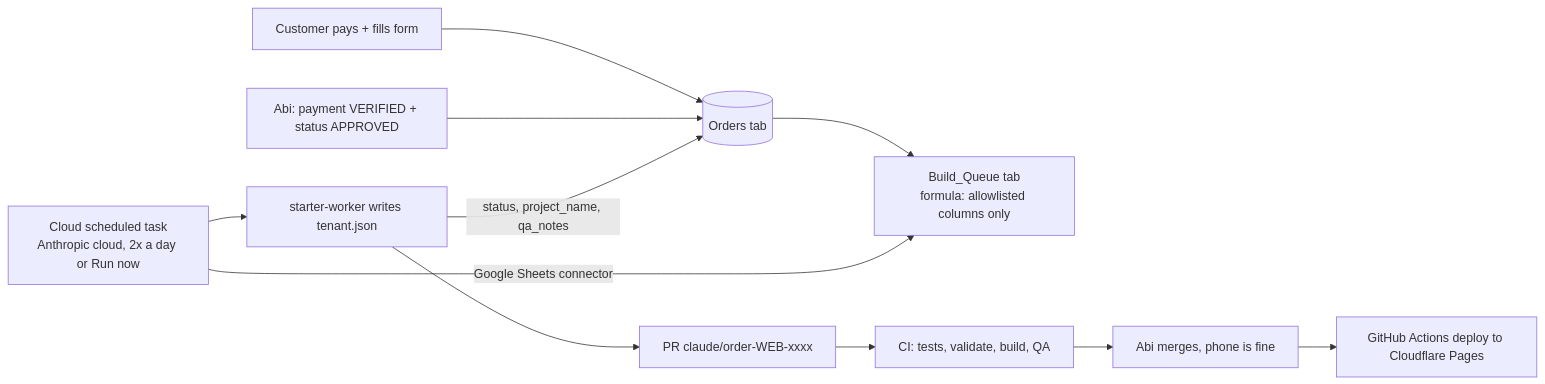
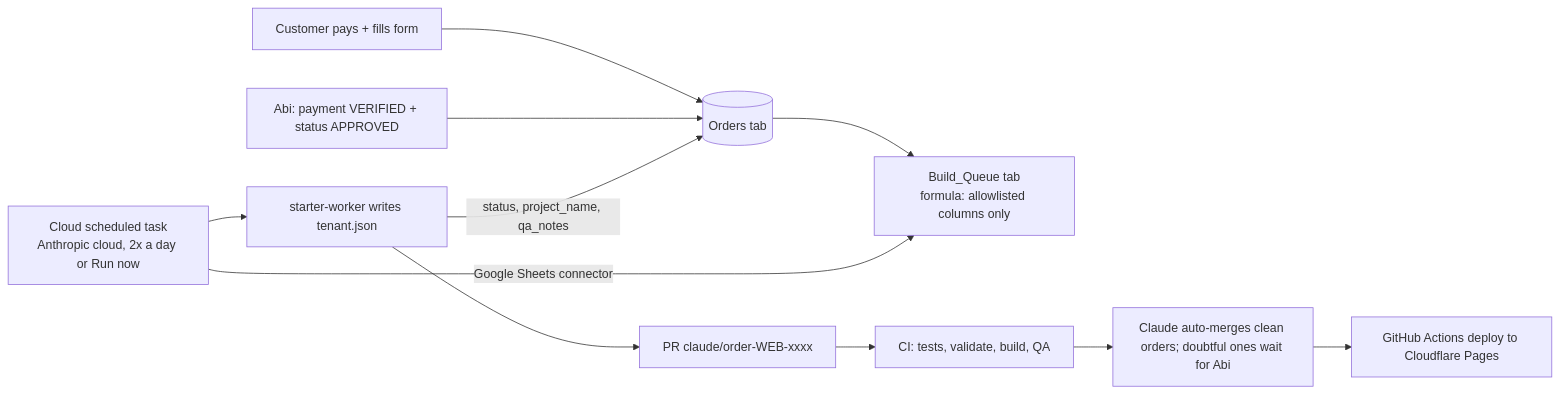
The diagram in docs/AUTOMATION.md (abfayy/Websites_Factory), drawn with Mermaid before and after one commit. The commit also changed other lines of this file and 4 other files, not shown here.

First line of the commit message:
Allow Claude to auto-merge clean order PRs with green CI

````diff
--- a/docs/AUTOMATION.md
+++ b/docs/AUTOMATION.md
@@ -7,13 +7,13 @@
 ```mermaid
 flowchart LR
   C[Customer pays + fills form] --> O[(Orders tab)]
   A[Abi: payment VERIFIED + status APPROVED] --> O
   O --> Q[Build_Queue tab<br/>formula: allowlisted columns only]
   T[Cloud scheduled task<br/>Anthropic cloud, 2x a day or Run now] -->|Google Sheets connector| Q
   T --> W[starter-worker writes tenant.json]
   W --> PR[PR claude/order-WEB-xxxx]
   W -->|status, project_name, qa_notes| O
   PR --> CI[CI: tests, validate, build, QA]
-  CI --> M[Abi merges, phone is fine]
+  CI --> M[Claude auto-merges clean orders; doubtful ones wait for Abi]
   M --> D[GitHub Actions deploy to Cloudflare Pages]
 ```
````
